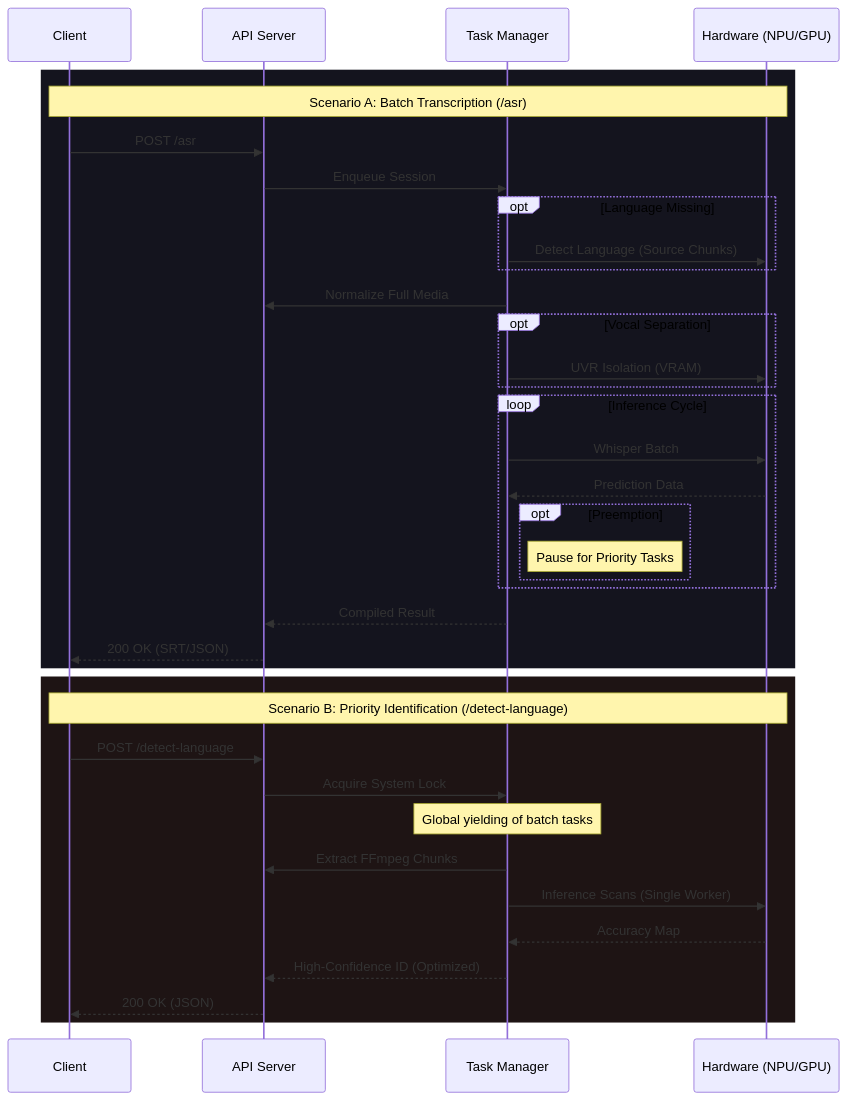
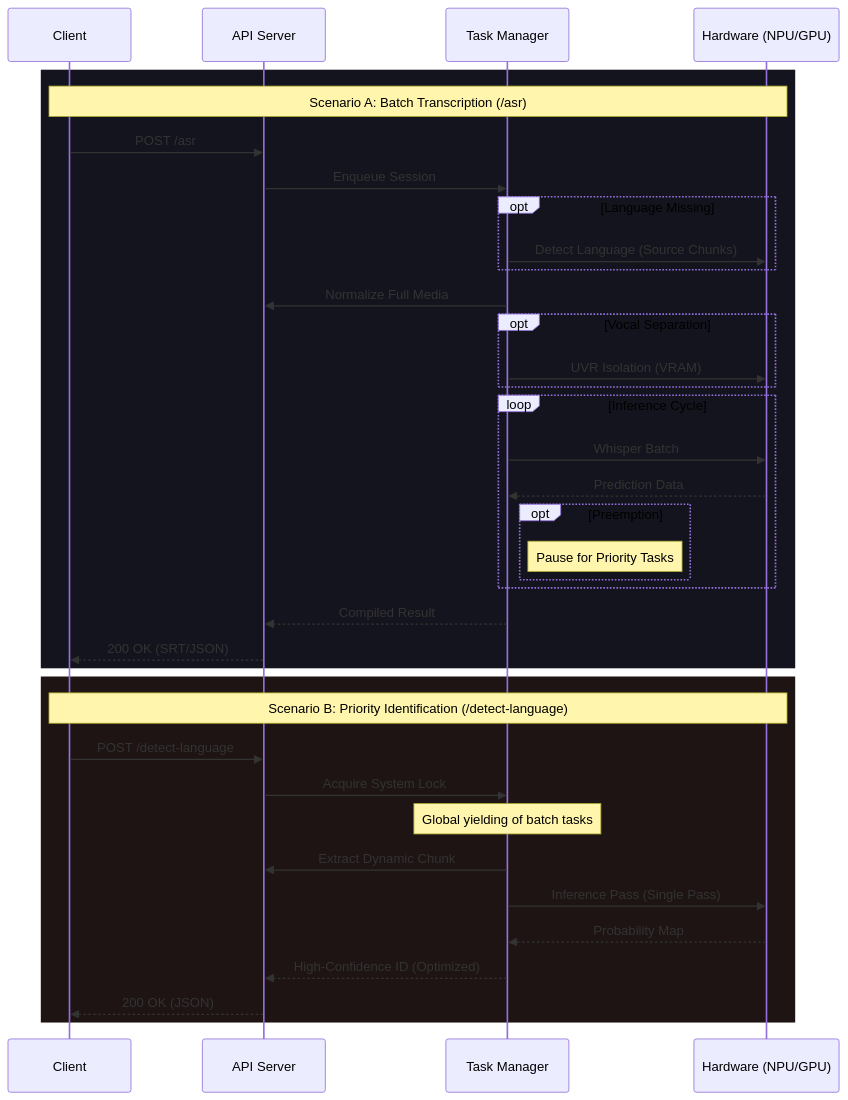
Before and after one commit to ventura8/Whisper-Pro-ASR: the third of 3 diagrams in README.md, drawn with Mermaid. The commit also changed other lines of this file and 5 other files, not shown here.

````diff
--- a/README.md
+++ b/README.md
@@ -109,41 +122,41 @@
 ```mermaid
 sequenceDiagram
     participant Client
     participant Flask as API Server
     participant Manager as Task Manager
     participant XPU as Hardware (NPU/GPU)
     
     rect rgb(20, 20, 30)
     Note over Client, XPU: Scenario A: Batch Transcription (/asr)
     Client->>Flask: POST /asr
     Flask->>Manager: Enqueue Session
     opt Language Missing
         Manager->>XPU: Detect Language (Source Chunks)
     end
     Manager->>Flask: Normalize Full Media
     opt Vocal Separation
         Manager->>XPU: UVR Isolation (VRAM)
     end
     loop Inference Cycle
         Manager->>XPU: Whisper Batch
         XPU-->>Manager: Prediction Data
         opt Preemption
             Note right of Manager: Pause for Priority Tasks
         end
     end
     Manager-->>Flask: Compiled Result
     Flask-->>Client: 200 OK (SRT/JSON)
     end
 
     rect rgb(30, 20, 20)
     Note over Client, XPU: Scenario B: Priority Identification (/detect-language)
     Client->>Flask: POST /detect-language
     Flask->>Manager: Acquire System Lock
     Note over Manager: Global yielding of batch tasks
-    Manager->>Flask: Extract FFmpeg Chunks
-    Manager->>XPU: Inference Scans (Single Worker)
-    XPU-->>Manager: Accuracy Map
+    Manager->>Flask: Extract Dynamic Chunk
+    Manager->>XPU: Inference Pass (Single Pass)
+    XPU-->>Manager: Probability Map
     Manager-->>Flask: High-Confidence ID (Optimized)
     Flask-->>Client: 200 OK (JSON)
     end
 ```
````
